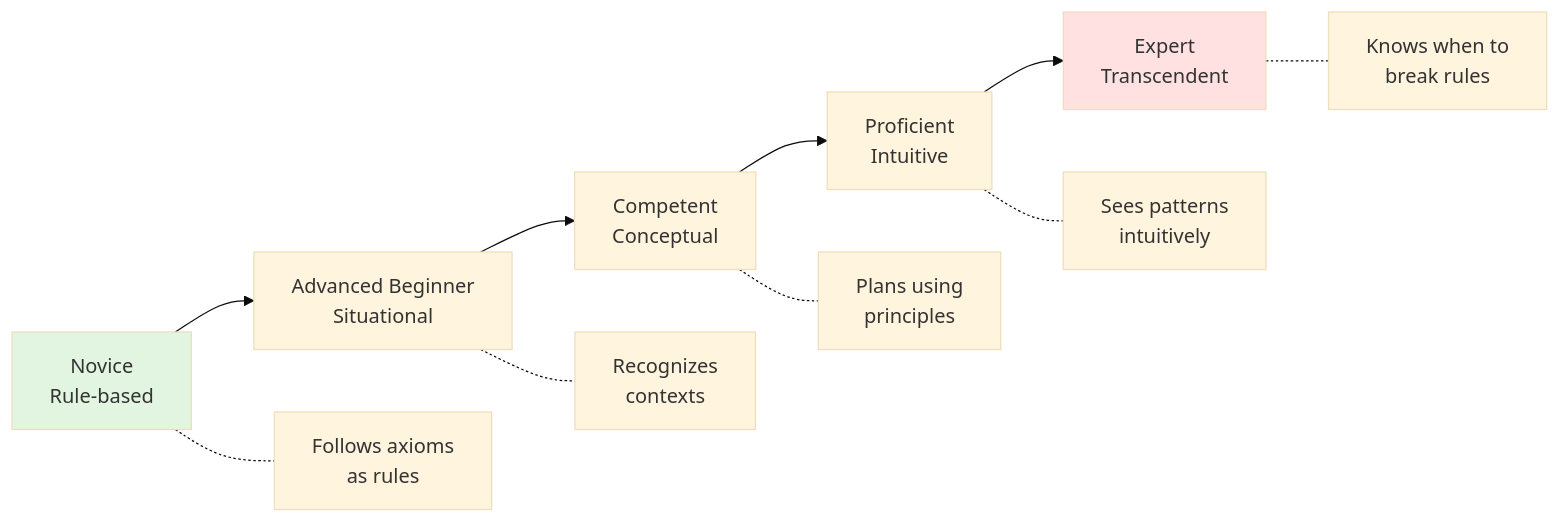
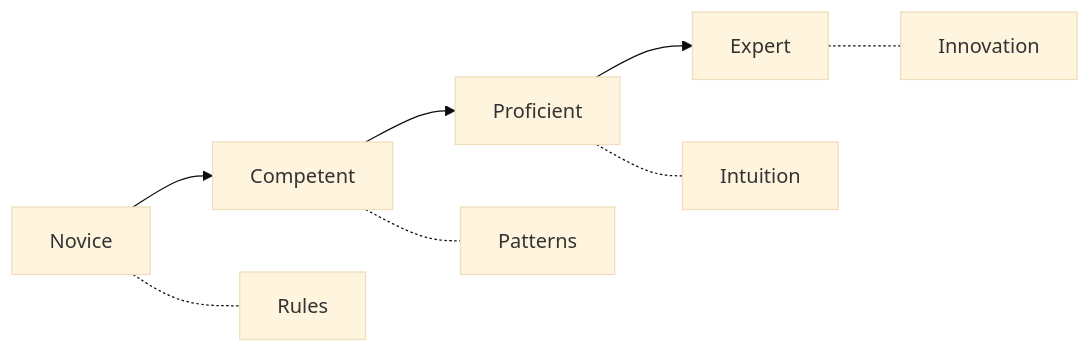
One commit to deepaucksharma/DStudio changed the second of 4 diagrams in docs/introduction/philosophy.md. Above: the diagram before and after it, drawn with Mermaid (base theme). The commit also changed other lines of this file and 210 other files, not shown here.

````diff
--- a/docs/introduction/philosophy.md
+++ b/docs/introduction/philosophy.md
@@ -165,16 +161,8 @@
 ```mermaid
 flowchart LR
-    N[Novice<br/>Rule-based] --> A[Advanced Beginner<br/>Situational]
-    A --> C[Competent<br/>Conceptual]
-    C --> P[Proficient<br/>Intuitive]
-    P --> E[Expert<br/>Transcendent]
-
-    N -.- R1[Follows axioms<br/>as rules]
-    A -.- R2[Recognizes<br/>contexts]
-    C -.- R3[Plans using<br/>principles]
-    P -.- R4[Sees patterns<br/>intuitively]
-    E -.- R5[Knows when to<br/>break rules]
-
-    style N fill:#e1f5e1
-    style E fill:#ffe1e1
+    N[Novice] --> C[Competent] --> P[Proficient] --> E[Expert]
+    N -.- R1[Rules]
+    C -.- R2[Patterns]
+    P -.- R3[Intuition]
+    E -.- R4[Innovation]
 ```
````
